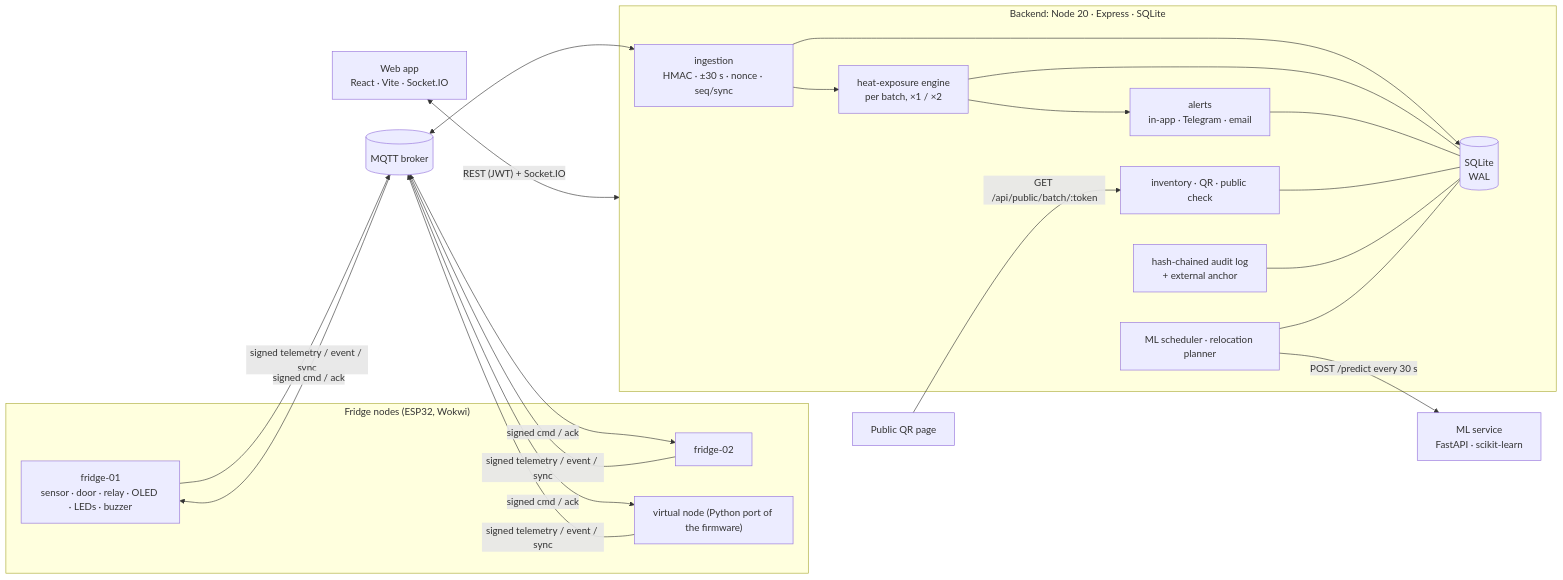
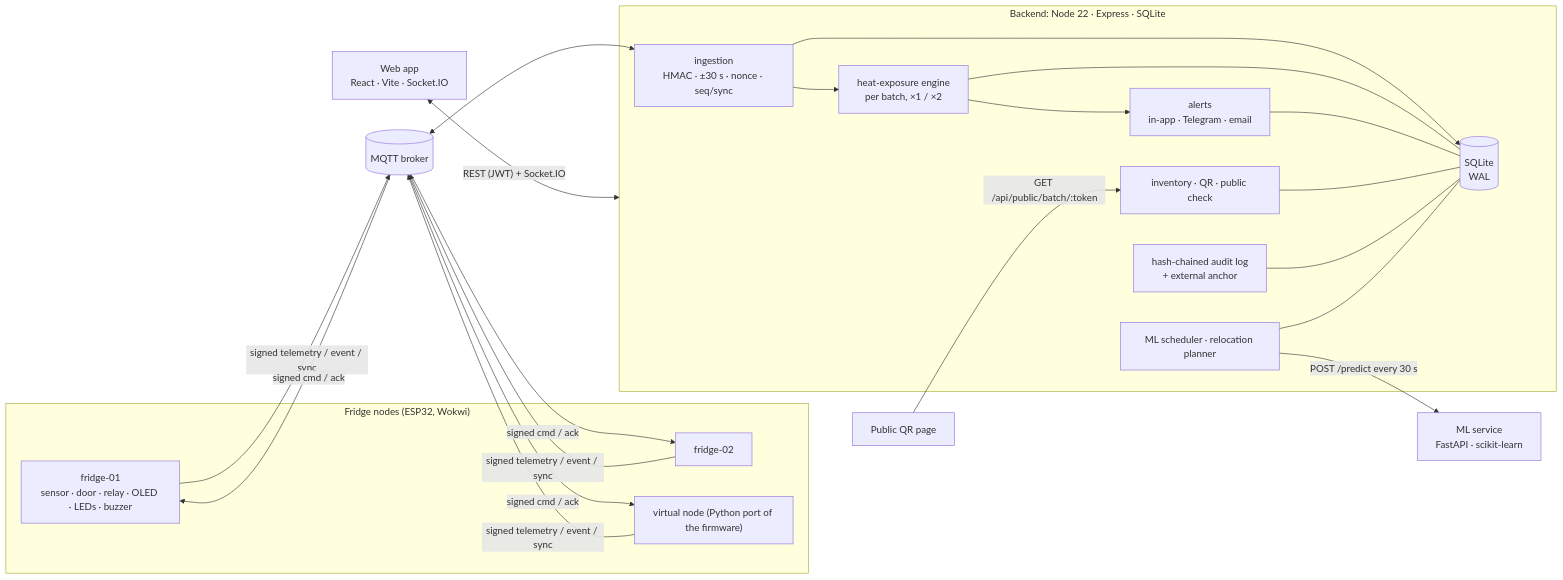
The diagram in docs/ARCHITECTURE.md (odittodhrubo/ColdChain), drawn with Mermaid before and after one commit. The commit also changed 315 other files, not shown here.

````diff
--- a/docs/ARCHITECTURE.md
+++ b/docs/ARCHITECTURE.md
@@ -12,31 +12,31 @@
 ```mermaid
 flowchart LR
   subgraph Edge["Fridge nodes (ESP32, Wokwi)"]
     N1["fridge-01<br/>sensor · door · relay · OLED · LEDs · buzzer"]
     N2["fridge-02"]
     VN["virtual node (Python port of the firmware)"]
   end
   B[("MQTT broker")]
-  subgraph Backend["Backend: Node 20 · Express · SQLite"]
+  subgraph Backend["Backend: Node 22 · Express · SQLite"]
     ING["ingestion<br/>HMAC · ±30 s · nonce · seq/sync"]
     HEAT["heat-exposure engine<br/>per batch, ×1 / ×2"]
     ALR["alerts<br/>in-app · Telegram · email"]
     AUD["hash-chained audit log<br/>+ external anchor"]
     INV["inventory · QR · public check"]
     MLS["ML scheduler · relocation planner"]
     DB[("SQLite<br/>WAL")]
   end
   ML["ML service<br/>FastAPI · scikit-learn"]
   UI["Web app<br/>React · Vite · Socket.IO"]
   PUB["Public QR page"]
 
   N1 & N2 & VN -- "signed telemetry / event / sync" --> B
   B -- "signed cmd / ack" --> N1 & N2 & VN
   B <--> ING
   ING --> HEAT --> ALR
   ING --> DB
   HEAT & ALR & INV & AUD & MLS --- DB
   MLS -- "POST /predict every 30 s" --> ML
   UI <-- "REST (JWT) + Socket.IO" --> Backend
   PUB -- "GET /api/public/batch/:token" --> INV
 ```
````
